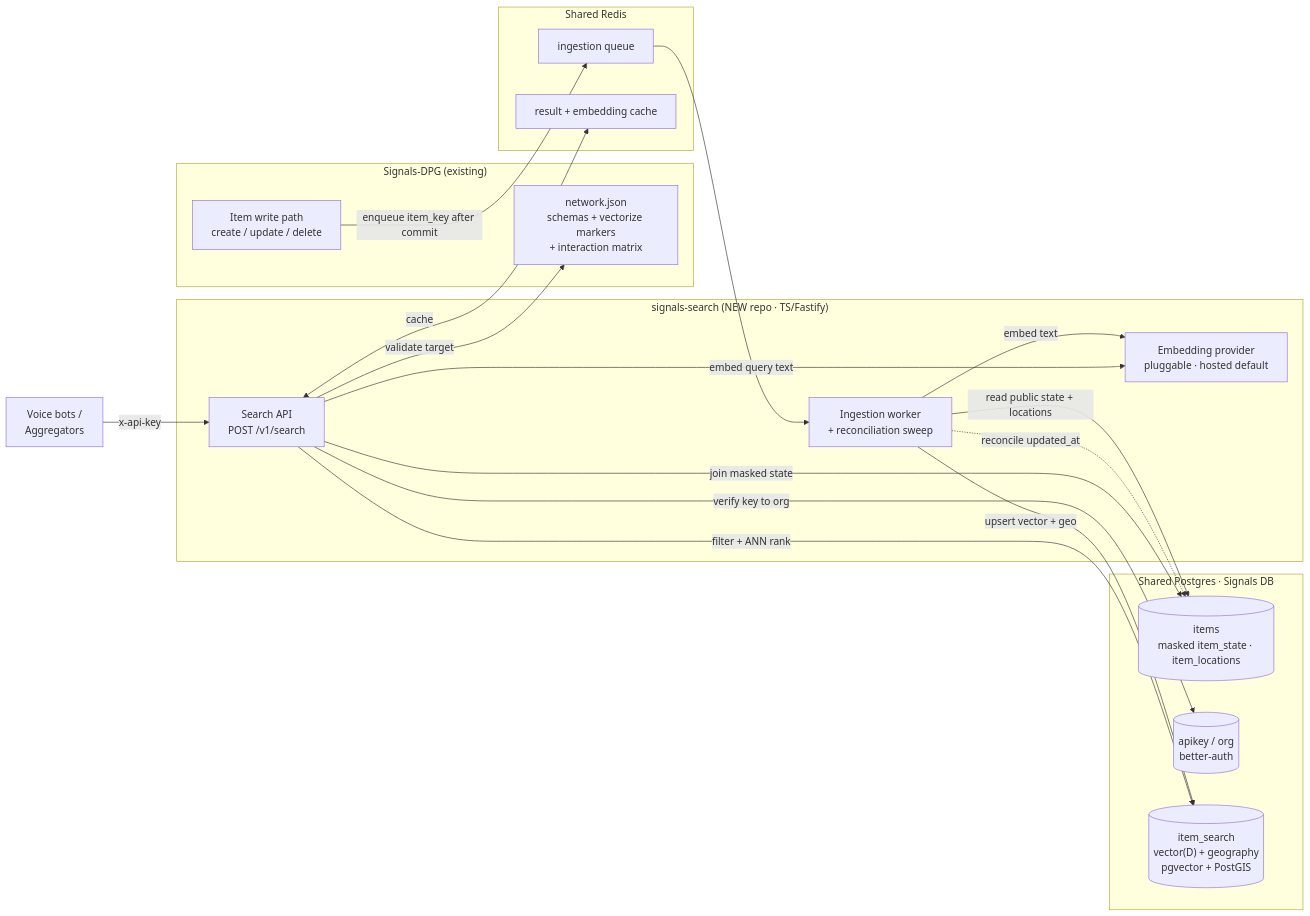
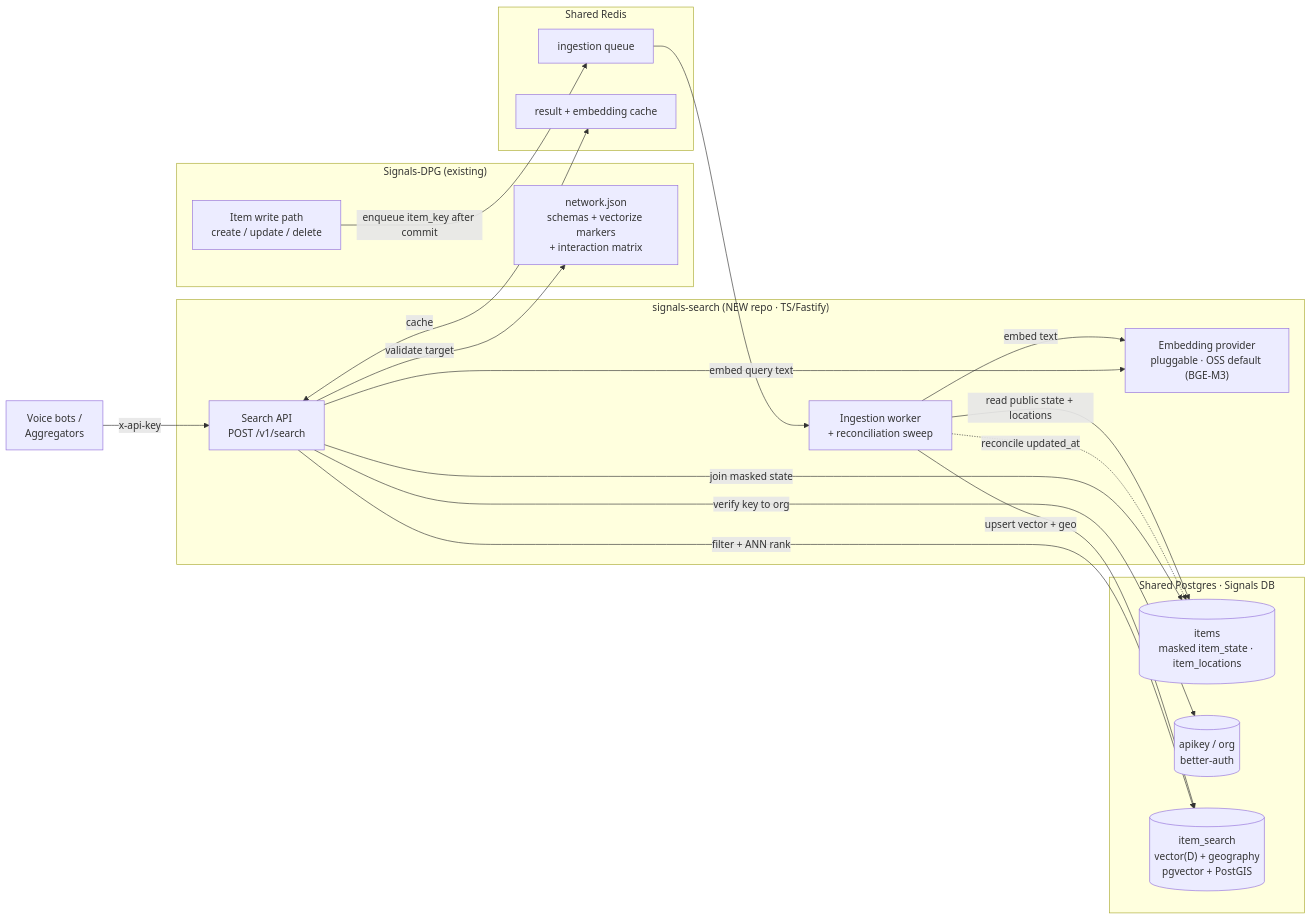
The first of 3 diagrams in docs/2026-06-09-signals-search-engine-architecture.md (Blue-Dots-Economy/signals-search), drawn with Mermaid before and after one commit. The commit also changed 2 other files, not shown here.

Commit message:
Make embedding default OSS-first (BGE-M3)
For an open-source DPG the default embedding path must be OSS in all
cases. Flip the default from hosted Gemini to a self-hostable
Apache-2.0 model (BGE-M3, 1024-dim); hosted providers (Gemini/OpenAI/
Voyage) become opt-in. Bump default vector dimension 768 -> 1024,
update scale math, and note embedding text never leaves the deployment
under the default. EmbeddingGemma noted as option with Gemma-license caveat.

Refs #1

````diff
--- a/docs/2026-06-09-signals-search-engine-architecture.md
+++ b/docs/2026-06-09-signals-search-engine-architecture.md
@@ -18,40 +18,40 @@
 ```mermaid
 flowchart LR
   VB["Voice bots /<br/>Aggregators"]
 
   subgraph SignalsDPG["Signals-DPG (existing)"]
     WP["Item write path<br/>create / update / delete"]
     NJ["network.json<br/>schemas + vectorize markers<br/>+ interaction matrix"]
   end
 
   subgraph SearchSvc["signals-search (NEW repo · TS/Fastify)"]
     API["Search API<br/>POST /v1/search"]
     WRK["Ingestion worker<br/>+ reconciliation sweep"]
-    EMB["Embedding provider<br/>pluggable · hosted default"]
+    EMB["Embedding provider<br/>pluggable · OSS default (BGE-M3)"]
   end
 
   subgraph Redis["Shared Redis"]
     Q["ingestion queue"]
     CA["result + embedding cache"]
   end
 
   subgraph PG["Shared Postgres · Signals DB"]
     IT[("items<br/>masked item_state · item_locations")]
     AK[("apikey / org<br/>better-auth")]
     IS[("item_search<br/>vector(D) + geography<br/>pgvector + PostGIS")]
   end
 
   VB -->|x-api-key| API
   WP -->|enqueue item_key after commit| Q
   Q --> WRK
   WRK -->|read public state + locations| IT
   WRK -->|embed text| EMB
   WRK -->|upsert vector + geo| IS
   WRK -. reconcile updated_at .-> IT
   API -->|validate target| NJ
   API -->|verify key to org| AK
   API -->|filter + ANN rank| IS
   API -->|join masked state| IT
   API <-->|cache| CA
   API -->|embed query text| EMB
 ```
````
